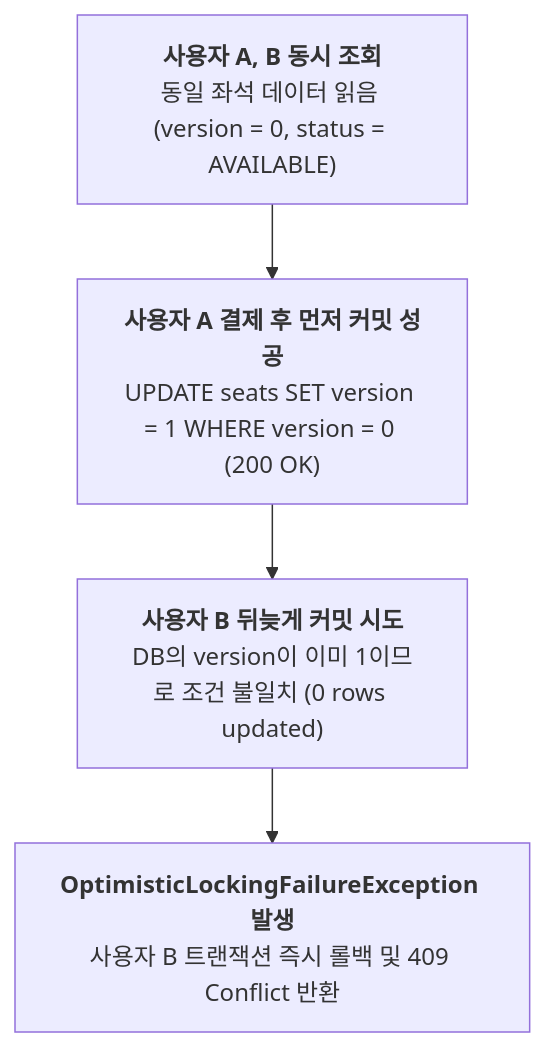
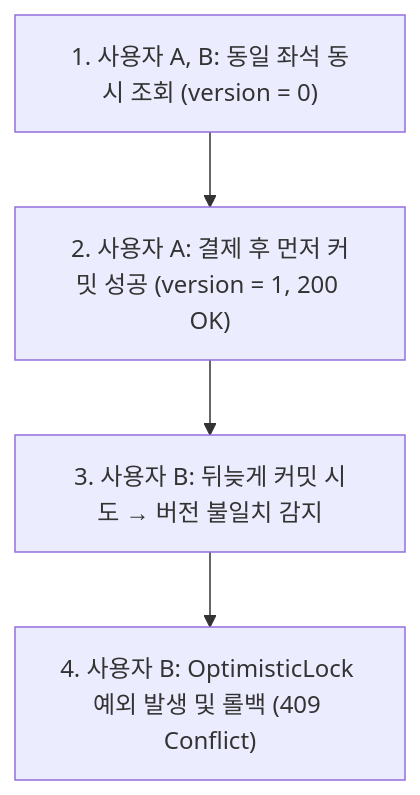
One commit to kikimansong/ticket-stream-v1 changed the third of 4 diagrams in README.md. Above: the diagram before and after it, drawn with Mermaid. The commit also changed other lines of this file and 1 other file, not shown here.

````diff
--- a/README.md
+++ b/README.md
@@ -180,7 +180,7 @@
 ```mermaid
 flowchart TD
-    O1["<b>사용자 A, B 동시 조회</b><br/>동일 좌석 데이터 읽음 (version = 0, status = AVAILABLE)"]
-    --> O2["<b>사용자 A 결제 후 먼저 커밋 성공</b><br/>UPDATE seats SET version = 1 WHERE version = 0 (200 OK)"]
-    --> O3["<b>사용자 B 뒤늦게 커밋 시도</b><br/>DB의 version이 이미 1이므로 조건 불일치 (0 rows updated)"]
-    --> O4["<b>OptimisticLockingFailureException 발생</b><br/>사용자 B 트랜잭션 즉시 롤백 및 409 Conflict 반환"]
+    O1["1. 사용자 A, B: 동일 좌석 동시 조회 (version = 0)"]
+    --> O2["2. 사용자 A: 결제 후 먼저 커밋 성공 (version = 1, 200 OK)"]
+    --> O3["3. 사용자 B: 뒤늦게 커밋 시도 → 버전 불일치 감지"]
+    --> O4["4. 사용자 B: OptimisticLock 예외 발생 및 롤백 (409 Conflict)"]
 ```
````
